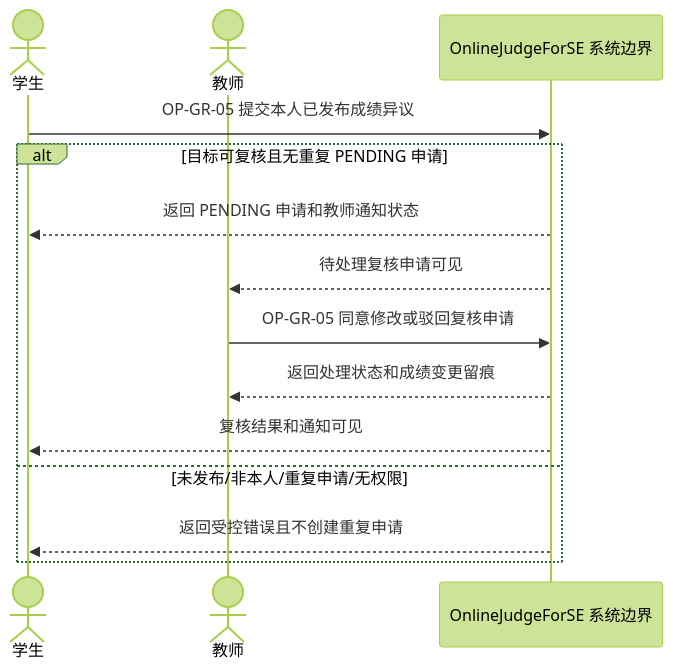
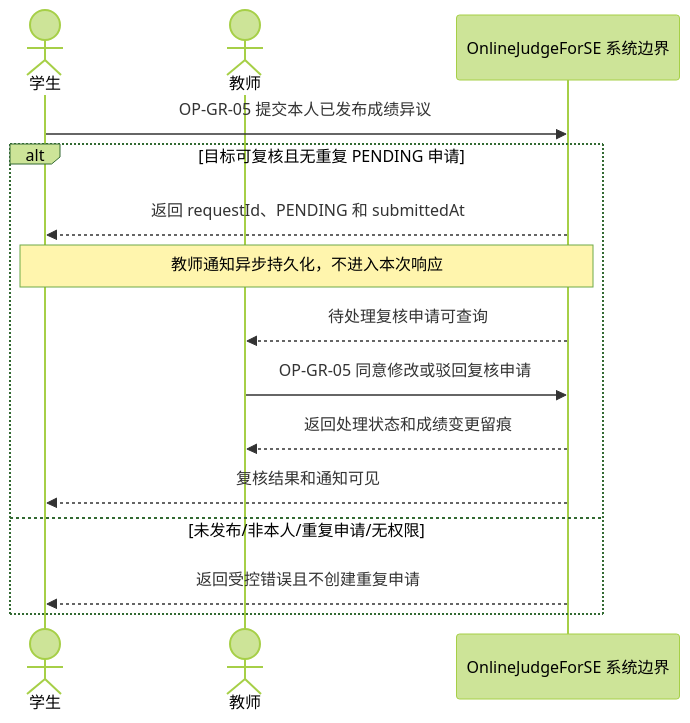
One commit to Cr4zyorange/OnlineJudge changed the diagram in docs/diagrams/srs/fig_4_22_grade_review_ssd.mmd. Above: the diagram before and after it, drawn with Mermaid (forest theme). The commit also changed 5 other files, not shown here.

```diff
--- a/docs/diagrams/srs/fig_4_22_grade_review_ssd.mmd
+++ b/docs/diagrams/srs/fig_4_22_grade_review_ssd.mmd
@@ -1,14 +1,15 @@
 sequenceDiagram
   actor Student as 学生
   actor Teacher as 教师
   participant System as OnlineJudgeForSE 系统边界
   Student->>System: OP-GR-05 提交本人已发布成绩异议
   alt 目标可复核且无重复 PENDING 申请
-    System-->>Student: 返回 PENDING 申请和教师通知状态
-    System-->>Teacher: 待处理复核申请可见
+    System-->>Student: 返回 requestId、PENDING 和 submittedAt
+    Note over Student,System: 教师通知异步持久化，不进入本次响应
+    System-->>Teacher: 待处理复核申请可查询
     Teacher->>System: OP-GR-05 同意修改或驳回复核申请
     System-->>Teacher: 返回处理状态和成绩变更留痕
     System-->>Student: 复核结果和通知可见
   else 未发布/非本人/重复申请/无权限
     System-->>Student: 返回受控错误且不创建重复申请
   end
```
